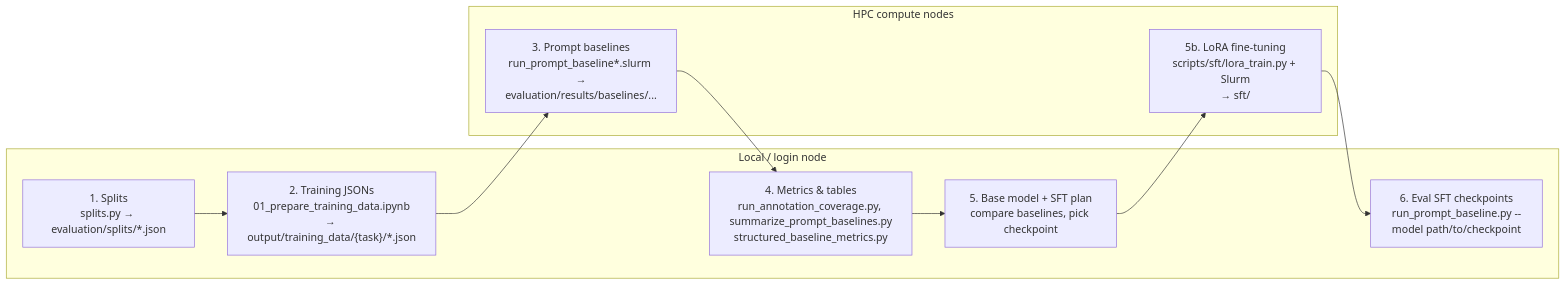
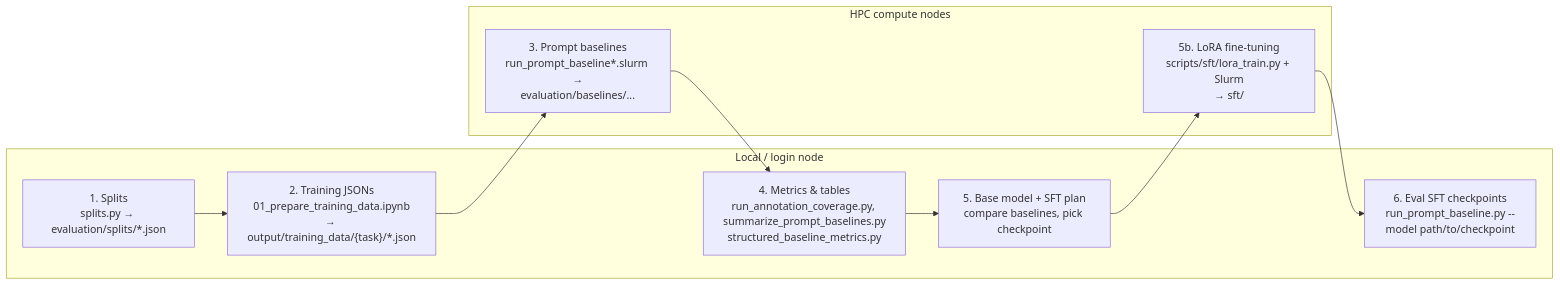
One commit to KemiOm/senior-thesis changed the diagram in OVERVIEW.MD. Above: the diagram before and after it, drawn with Mermaid. The commit also changed other lines of this file and 135 other files, not shown here.

````diff
--- a/OVERVIEW.MD
+++ b/OVERVIEW.MD
@@ -160,15 +160,15 @@
 ```mermaid
 flowchart LR
   subgraph local["Local / login node"]
     S1["1. Splits\nsplits.py → evaluation/splits/*.json"]
     S2["2. Training JSONs\n01_prepare_training_data.ipynb\n→ output/training_data/{task}/*.json"]
     S4["4. Metrics & tables\nrun_annotation_coverage.py, summarize_prompt_baselines.py\nstructured_baseline_metrics.py"]
     S5["5. Base model + SFT plan\ncompare baselines, pick checkpoint"]
     S6["6. Eval SFT checkpoints\nrun_prompt_baseline.py --model path/to/checkpoint"]
   end
   subgraph hpc["HPC compute nodes"]
-    S3["3. Prompt baselines\nrun_prompt_baseline*.slurm →\nevaluation/results/baselines/..."]
+    S3["3. Prompt baselines\nrun_prompt_baseline*.slurm →\nevaluation/baselines/..."]
     SFT["5b. LoRA fine-tuning\nscripts/sft/lora_train.py + Slurm\n→ sft/"]
   end
   S1 --> S2 --> S3 --> S4 --> S5 --> SFT --> S6
 ```
````
